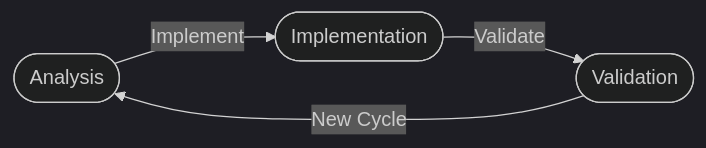
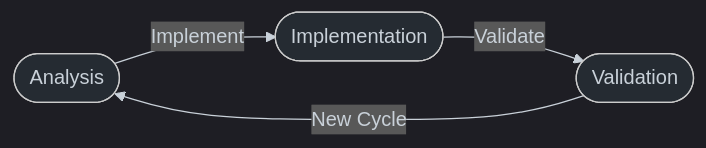
One commit to jackccrawford/pattern-bridge changed the diagram in docs/index.md. Above: the diagram before and after it, drawn with Mermaid. The commit also changed other lines of this file and 20 other files, not shown here.

````diff
--- a/docs/index.md
+++ b/docs/index.md
@@ -10,9 +10,16 @@
 ```mermaid
 %%{init: {
-  'theme': 'dark'
+  'theme': 'dark',
+  'themeVariables': {
+    'darkMode': true,
+    'background': '#252b32',
+    'mainBkg': '#252b32',
+    'textColor': '#c9d1d9',
+    'lineColor': '#c9d1d9'
+  }
 }}%%
 graph LR
     A([Analysis]) -->|Implement| B([Implementation])
     B -->|Validate| C([Validation])
     C -->|New Cycle| A
 ```
````
